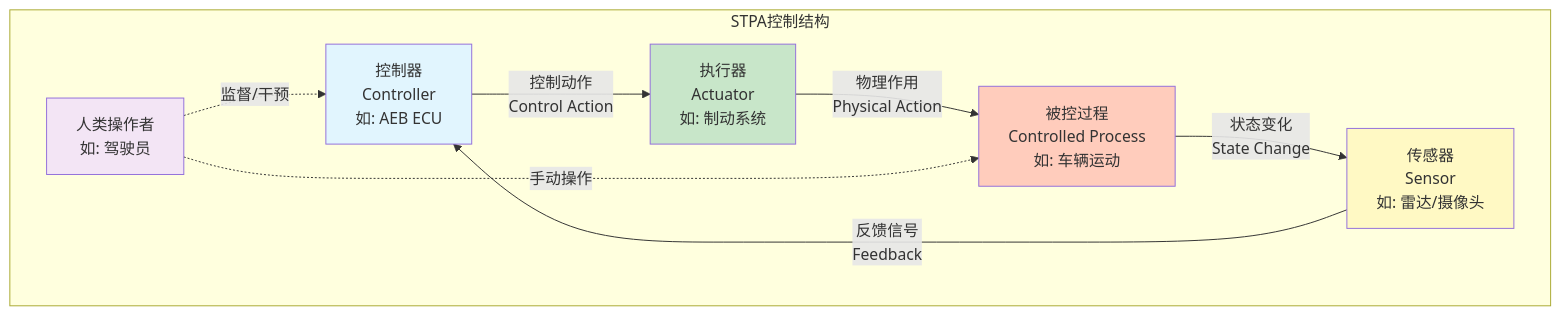
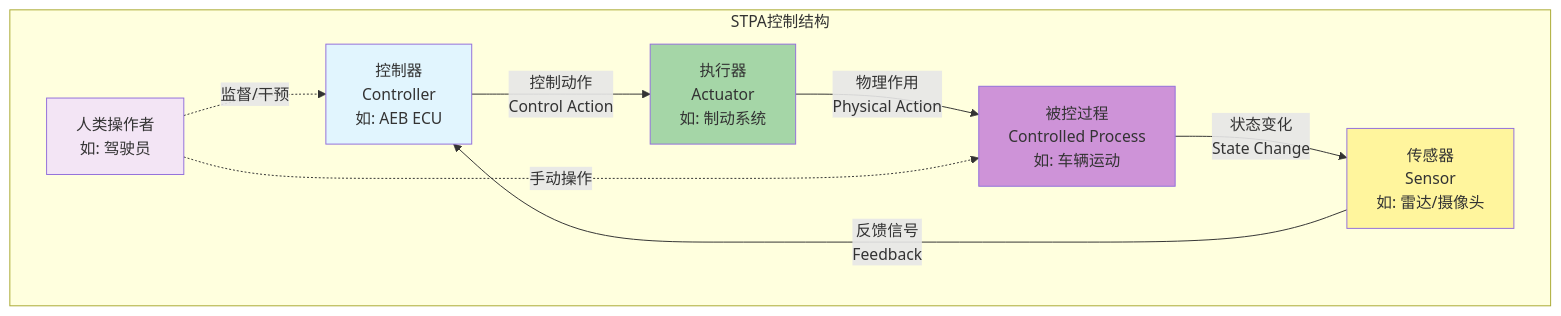
Before and after one commit to s-ai-unix/blog: the fourth of 8 diagrams in content/posts/2026-01-16-automotive-risk-analysis-overview.md, drawn with Mermaid. The commit also changed other lines of this file and 3 other files, not shown here.

````diff
--- a/content/posts/2026-01-16-automotive-risk-analysis-overview.md
+++ b/content/posts/2026-01-16-automotive-risk-analysis-overview.md
@@ -289,23 +289,23 @@
 ```mermaid
 graph TB
     subgraph STPA控制结构
         Controller[控制器<br>Controller<br/>如: AEB ECU]
         Actuator[执行器<br>Actuator<br/>如: 制动系统]
         Sensor[传感器<br>Sensor<br/>如: 雷达/摄像头]
         Process[被控过程<br>Controlled Process<br/>如: 车辆运动]
 
         Controller -->|控制动作<br/>Control Action| Actuator
         Actuator -->|物理作用<br/>Physical Action| Process
         Process -->|状态变化<br/>State Change| Sensor
         Sensor -->|反馈信号<br/>Feedback| Controller
 
         Human[人类操作者<br/>如: 驾驶员] -.->|监督/干预| Controller
         Human -.->|手动操作| Process
     end
 
     style Controller fill:#e1f5fe
-    style Actuator fill:#c8e6c9
-    style Sensor fill:#fff9c4
-    style Process fill:#ffccbc
+    style Actuator fill:#a5d6a7
+    style Sensor fill:#fff59d
+    style Process fill:#ce93d8
     style Human fill:#f3e5f5
 ```
````
